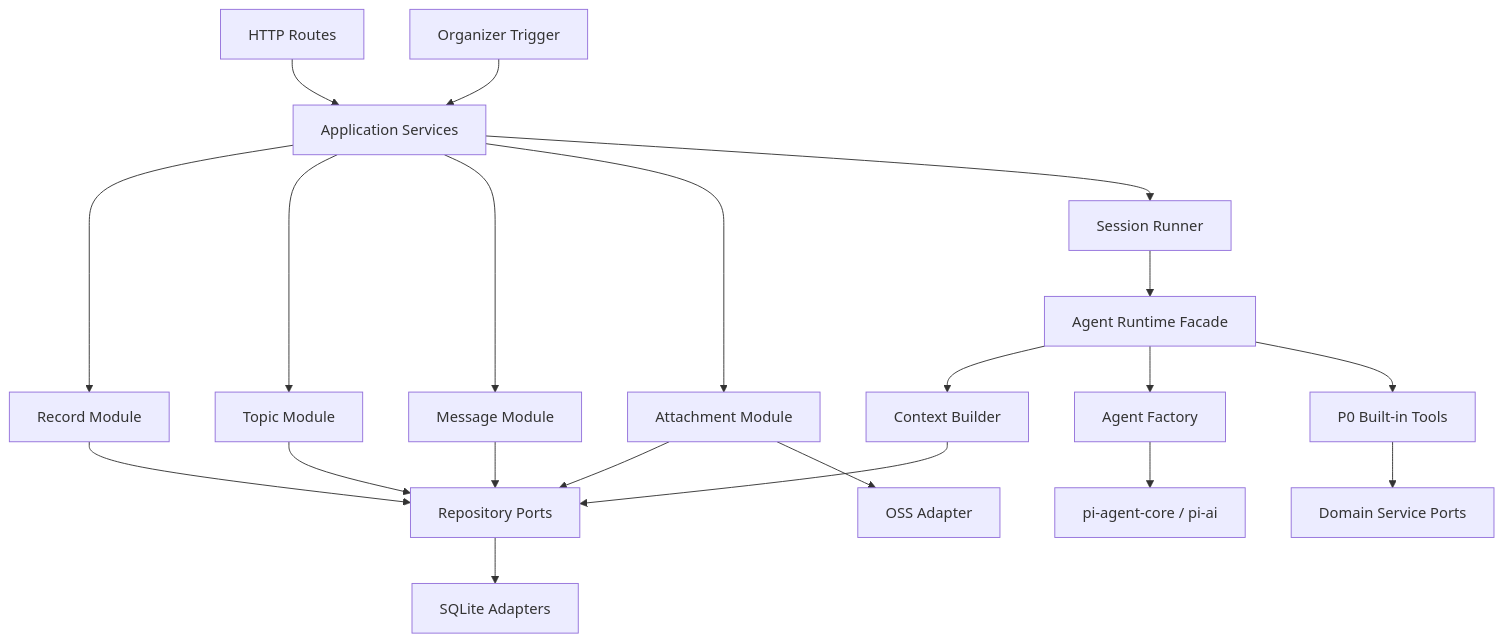
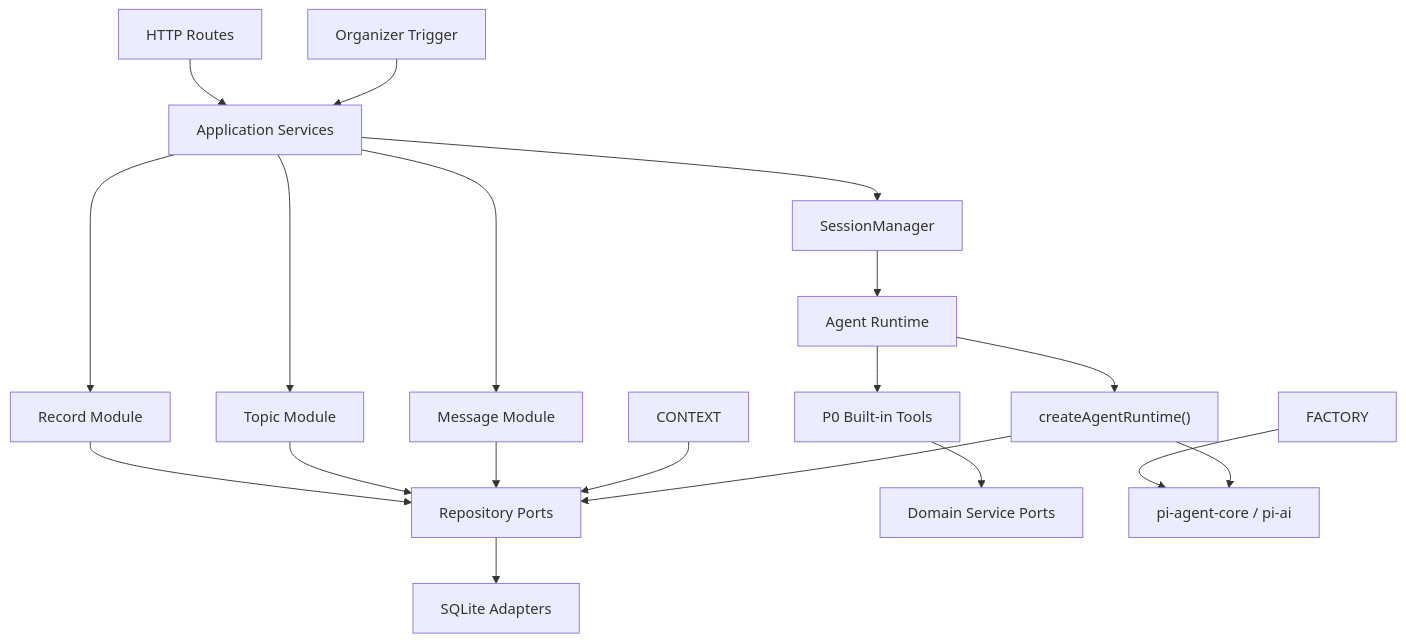
Before and after one commit to huiru-wang/eiko: the ninth of 9 diagrams in docs/backend-architecture.md, drawn with Mermaid. The commit also changed other lines of this file and 71 other files, not shown here.

````diff
--- a/docs/backend-architecture.md
+++ b/docs/backend-architecture.md
@@ -852,27 +631,25 @@
 ```mermaid
 flowchart TD
     ROUTES["HTTP Routes"] --> APP["Application Services"]
     TRIGGER["Organizer Trigger"] --> APP
 
     APP --> RECORD["Record Module"]
     APP --> TOPIC["Topic Module"]
     APP --> MESSAGE["Message Module"]
-    APP --> ATTACH["Attachment Module"]
-    APP --> SESSION["Session Runner"]
+    APP --> SESSION["SessionManager"]
 
-    SESSION --> AGENT["Agent Runtime Facade"]
-    AGENT --> CONTEXT["Context Builder"]
-    AGENT --> FACTORY["Agent Factory"]
+    SESSION --> AGENT["Agent Runtime"]
+    AGENT --> RUNTIME["createAgentRuntime()"]
     AGENT --> TOOLS["P0 Built-in Tools"]
 
     RECORD --> PORTS["Repository Ports"]
     TOPIC --> PORTS
     MESSAGE --> PORTS
-    ATTACH --> PORTS
     CONTEXT --> PORTS
+    RUNTIME --> PORTS
     TOOLS --> DOMAIN["Domain Service Ports"]
 
     PORTS --> SQLITE["SQLite Adapters"]
-    ATTACH --> OSS["OSS Adapter"]
     FACTORY --> PI["pi-agent-core / pi-ai"]
+    RUNTIME --> PI
 ```
````
